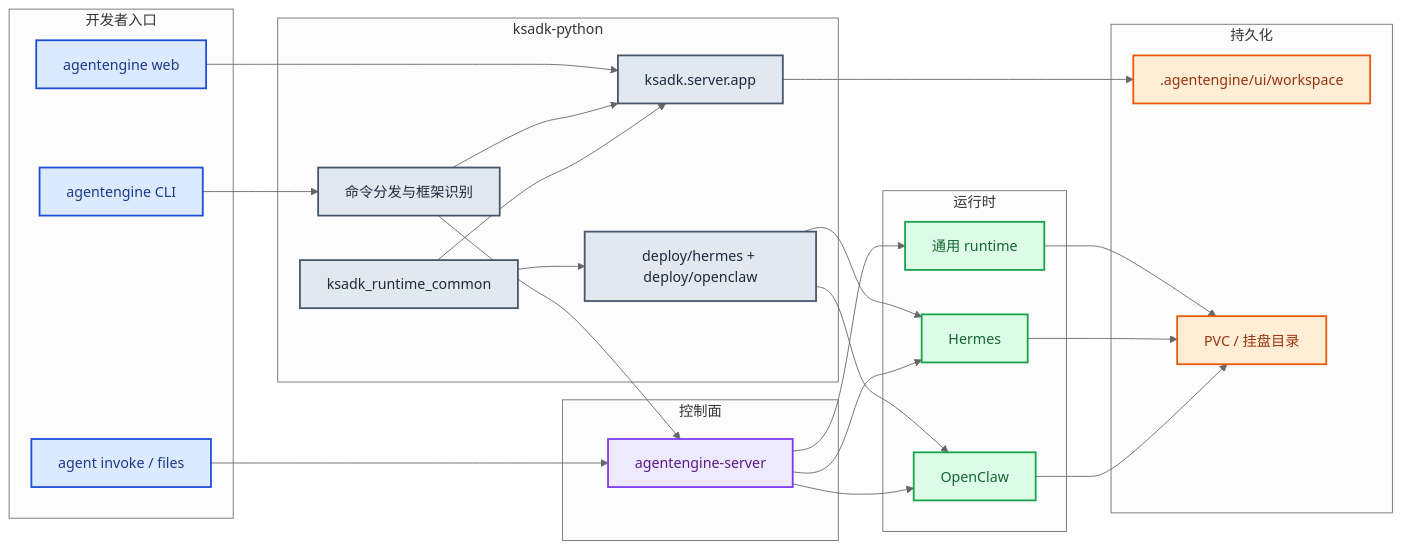
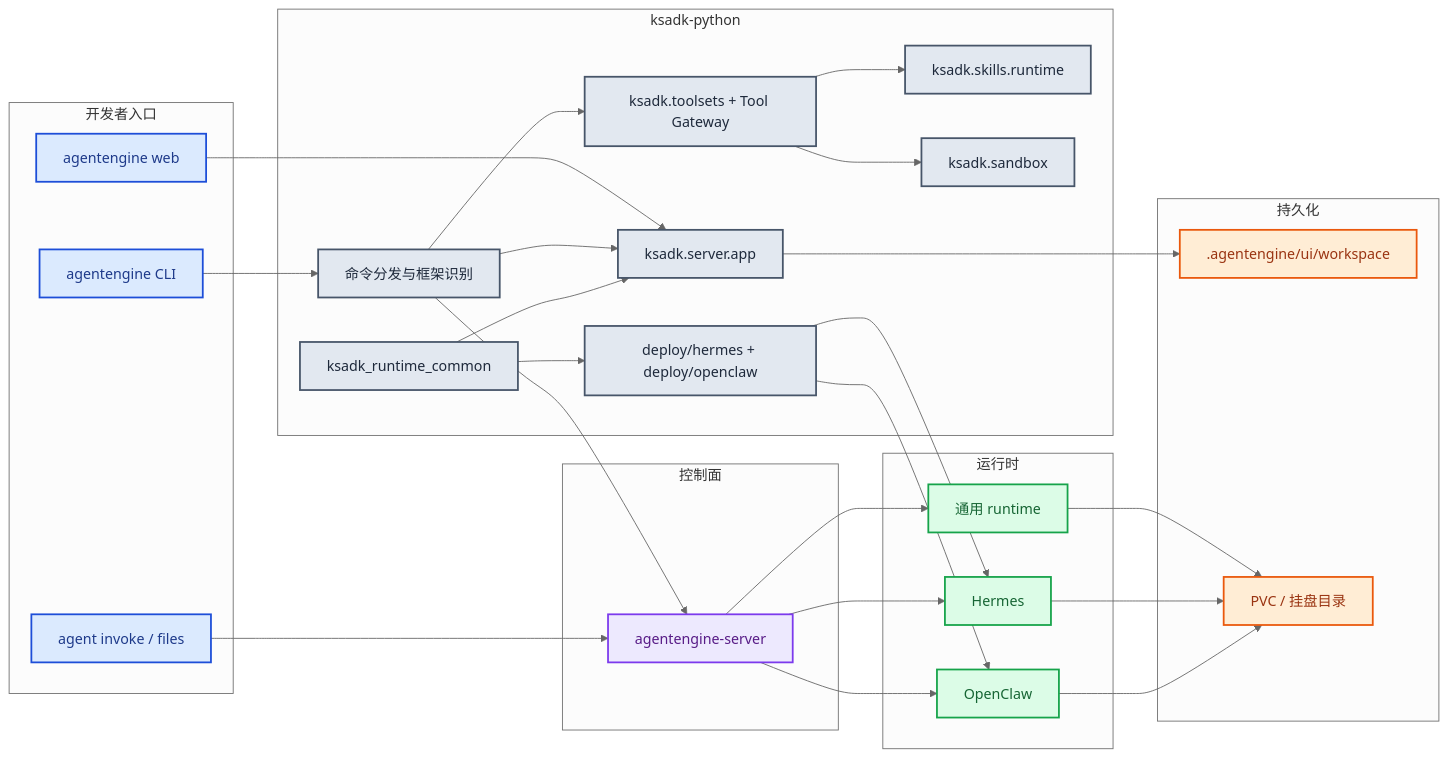
One commit to kingsoftcloud/ksadk-python changed the first of 5 diagrams in docs/ksadk技术设计.md. Above: the diagram before and after it, drawn with Mermaid (neutral theme). The commit also changed other lines of this file and 69 other files, not shown here.

Commit message:
chore: checkpoint ksadk runtime updates

````diff
--- a/docs/ksadk技术设计.md
+++ b/docs/ksadk技术设计.md
@@ -28,53 +32,59 @@
 ```mermaid
 flowchart LR
   classDef client fill:#dbeafe,stroke:#1d4ed8,stroke-width:2px,color:#1e3a8a;
   classDef control fill:#ede9fe,stroke:#7c3aed,stroke-width:2px,color:#581c87;
   classDef data fill:#dcfce7,stroke:#16a34a,stroke-width:2px,color:#166534;
   classDef storage fill:#ffedd5,stroke:#ea580c,stroke-width:2px,color:#9a3412;
   classDef runtime fill:#e2e8f0,stroke:#475569,stroke-width:2px,color:#1e293b;
 
   subgraph Client["开发者入口"]
     CLI["agentengine CLI"]:::client
     Web["agentengine web"]:::client
     Invoke["agent invoke / files"]:::client
   end
 
   subgraph Repo["ksadk-python"]
     Dispatch["命令分发与框架识别"]:::runtime
     Local["ksadk.server.app"]:::runtime
     Common["ksadk_runtime_common"]:::runtime
+    Toolsets["ksadk.toolsets + Tool Gateway"]:::runtime
+    SkillRT["ksadk.skills.runtime"]:::runtime
+    Sandbox["ksadk.sandbox"]:::runtime
     Assets["deploy/hermes + deploy/openclaw"]:::runtime
   end
 
   subgraph Control["控制面"]
     Server["agentengine-server"]:::control
   end
 
   subgraph Runtime["运行时"]
     Generic["通用 runtime"]:::data
     Hermes["Hermes"]:::data
     OpenClaw["OpenClaw"]:::data
   end
 
   subgraph Storage["持久化"]
     LocalRoot[".agentengine/ui/workspace"]:::storage
     PVC["PVC / 挂盘目录"]:::storage
   end
 
   CLI --> Dispatch
   Web --> Local
   Invoke --> Server
   Dispatch --> Local
   Dispatch --> Server
+  Dispatch --> Toolsets
+  Toolsets --> SkillRT
+  Toolsets --> Sandbox
   Common --> Local
   Common --> Assets
   Assets --> Hermes
   Assets --> OpenClaw
   Server --> Generic
   Server --> Hermes
   Server --> OpenClaw
   Local --> LocalRoot
   Generic --> PVC
   Hermes --> PVC
   OpenClaw --> PVC
 ```
````
